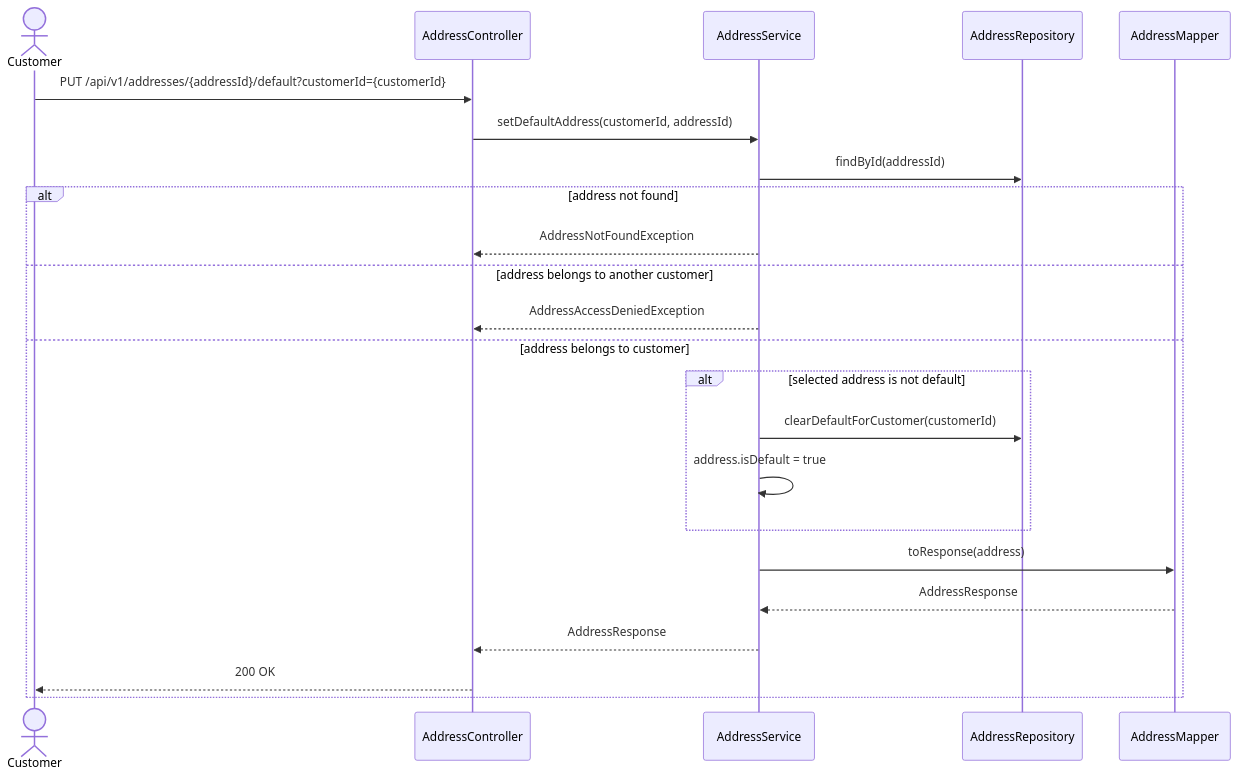
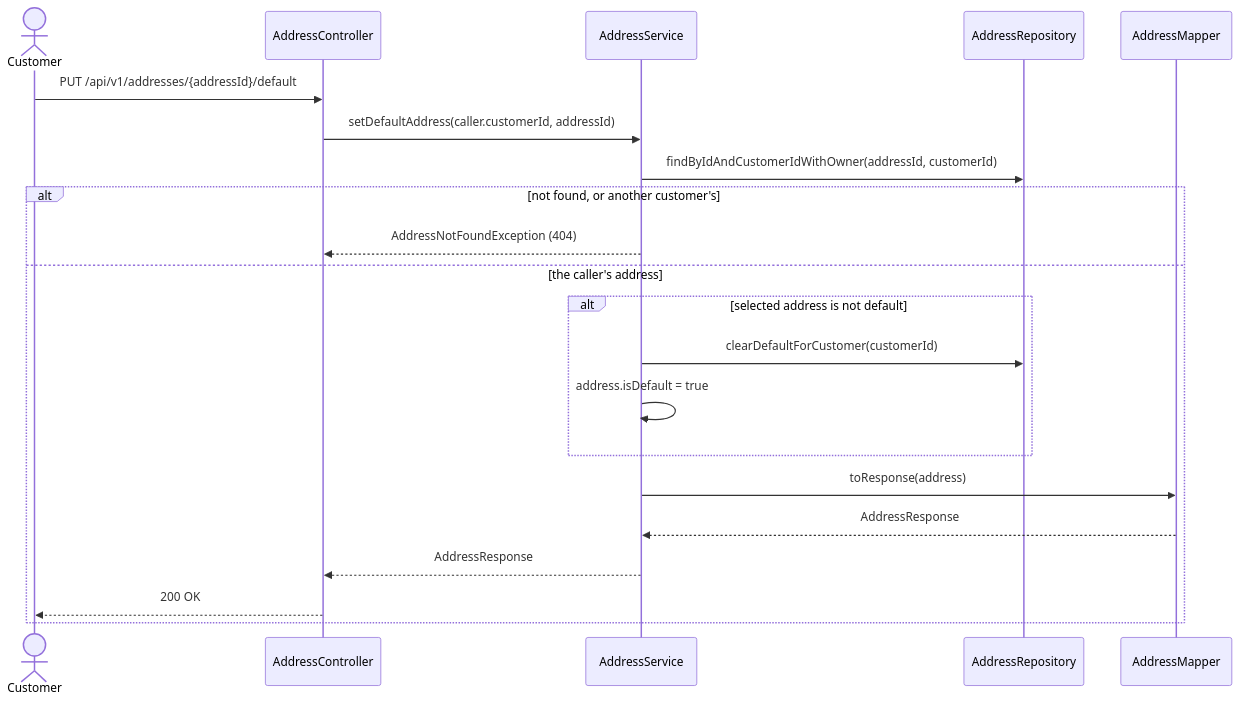
One commit to msmohammed0077-cmd/mentorship-restaurant changed the fourth of 5 diagrams in restaurant/.docs/use-cases/customer-management/address-management/sequence-diagrams.md. Above: the diagram before and after it, drawn with Mermaid. The commit also changed other lines of this file and 25 other files, not shown here.

````diff
--- a/restaurant/.docs/use-cases/customer-management/address-management/sequence-diagrams.md
+++ b/restaurant/.docs/use-cases/customer-management/address-management/sequence-diagrams.md
@@ -91,26 +93,24 @@
 ```mermaid
 sequenceDiagram
     actor Customer
     participant C as AddressController
     participant H as AddressService
     participant Addresses as AddressRepository
     participant M as AddressMapper
 
-    Customer->>C: PUT /api/v1/addresses/{addressId}/default?customerId={customerId}
-    C->>H: setDefaultAddress(customerId, addressId)
-    H->>Addresses: findById(addressId)
-    alt address not found
-        H-->>C: AddressNotFoundException
-    else address belongs to another customer
-        H-->>C: AddressAccessDeniedException
-    else address belongs to customer
+    Customer->>C: PUT /api/v1/addresses/{addressId}/default
+    C->>H: setDefaultAddress(caller.customerId, addressId)
+    H->>Addresses: findByIdAndCustomerIdWithOwner(addressId, customerId)
+    alt not found, or another customer's
+        H-->>C: AddressNotFoundException (404)
+    else the caller's address
         alt selected address is not default
             H->>Addresses: clearDefaultForCustomer(customerId)
             H->>H: address.isDefault = true
         end
         H->>M: toResponse(address)
         M-->>H: AddressResponse
         H-->>C: AddressResponse
         C-->>Customer: 200 OK
     end
 ```
````
